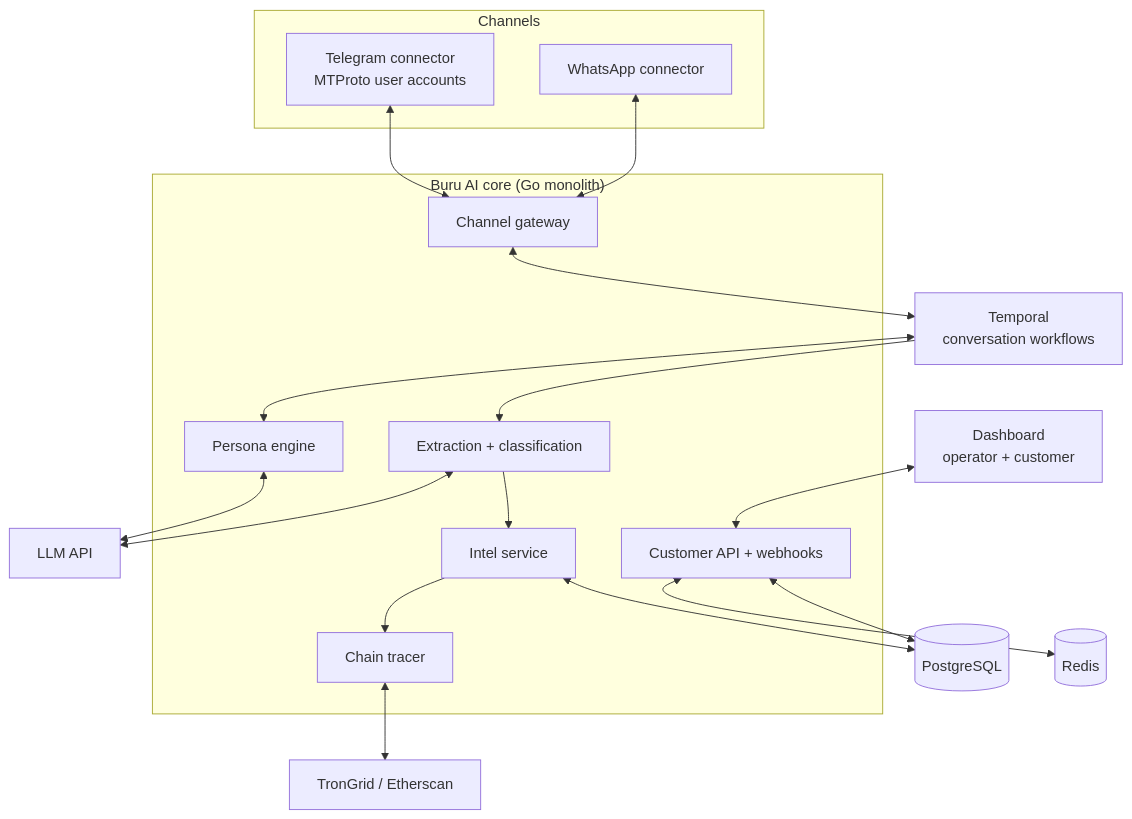
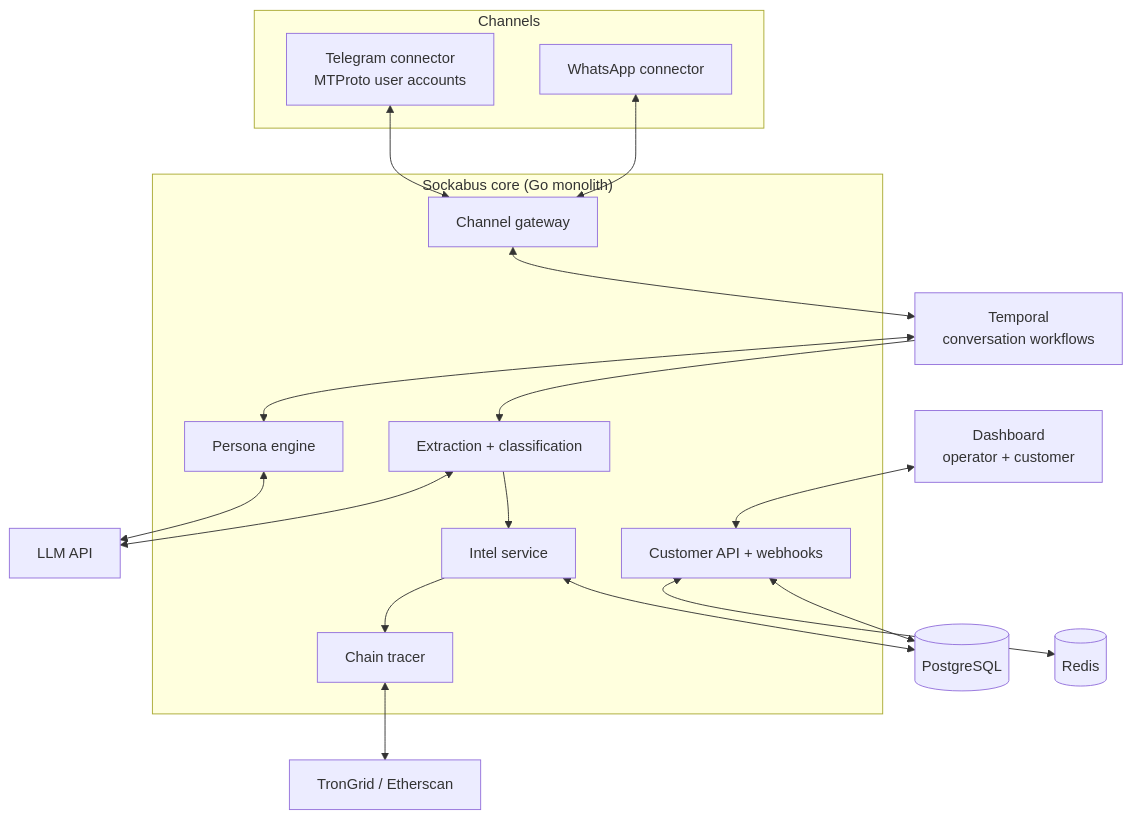
The diagram in docs/TRD.md (JaxzTan/Buru_AI), drawn with Mermaid before and after one commit. The commit also changed other lines of this file and 44 other files, not shown here.

Commit message:
perf: rename from buru ai to sockabus

````diff
--- a/docs/TRD.md
+++ b/docs/TRD.md
@@ -28,35 +28,35 @@
 ```mermaid
 flowchart TB
   subgraph Channels
     TG[Telegram connector<br/>MTProto user accounts]
     WA[WhatsApp connector]
   end
-  subgraph Core["Buru AI core (Go monolith)"]
+  subgraph Core["Sockabus core (Go monolith)"]
     GW[Channel gateway]
     PE[Persona engine]
     EX[Extraction + classification]
     TR[Chain tracer]
     IN[Intel service]
     CA[Customer API + webhooks]
   end
   TMP[Temporal<br/>conversation workflows]
   LLM[LLM API]
   CH[TronGrid / Etherscan]
   DB[(PostgreSQL)]
   RD[(Redis)]
   DASH[Dashboard<br/>operator + customer]
 
   TG & WA <--> GW
   GW <--> TMP
   TMP <--> PE
   PE <--> LLM
   TMP --> EX
   EX <--> LLM
   EX --> IN
   IN --> TR
   TR <--> CH
   IN <--> DB
   CA <--> RD
   CA <--> DB
   DASH <--> CA
 ```
````
